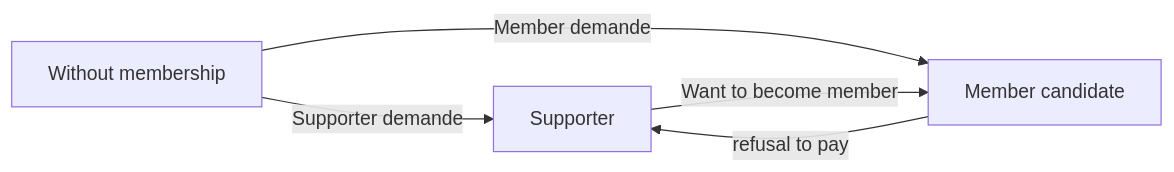
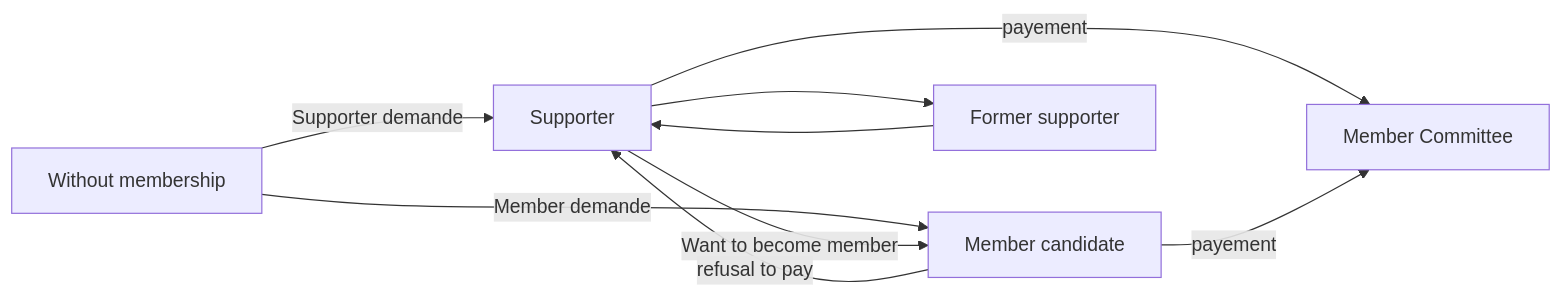
Before and after one commit to mozaik-association/mozaik: the diagram in docs/Contacts Module.md, drawn with Mermaid.

Commit message:
diagram update

````diff
--- a/docs/Contacts Module.md
+++ b/docs/Contacts Module.md
@@ -218,8 +218,11 @@
 ``` mermaid
 graph LR
   A[Without membership] -->|Supporter demande| B[Supporter];
   A -->|Member demande| C[Member candidate];
   C -->|refusal to pay| B;
   B --> |Want to become member| C;
-  
+  B --> D[Former supporter];
+  D --> B;
+  B --> |payement| E[Member Committee];
+  C --> |payement| E;
 ```
````
